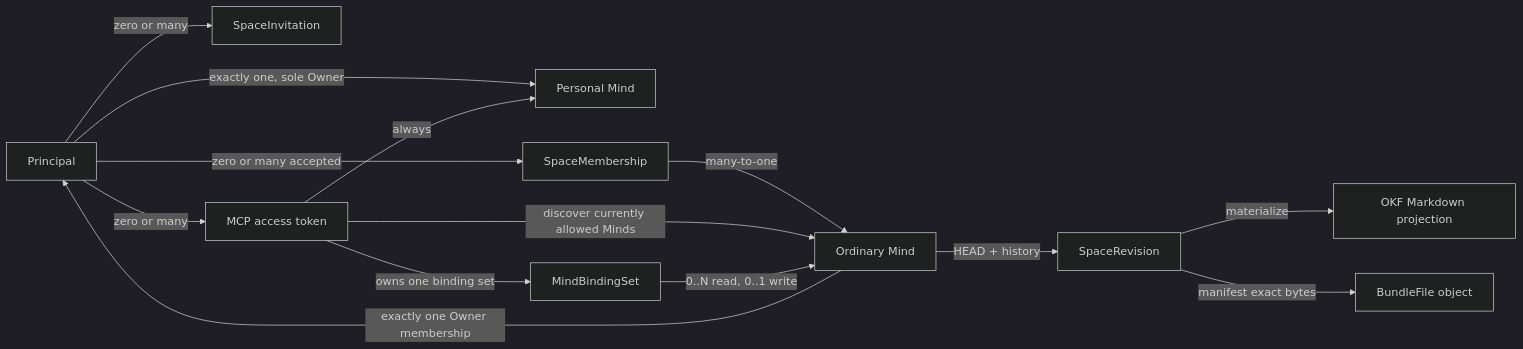
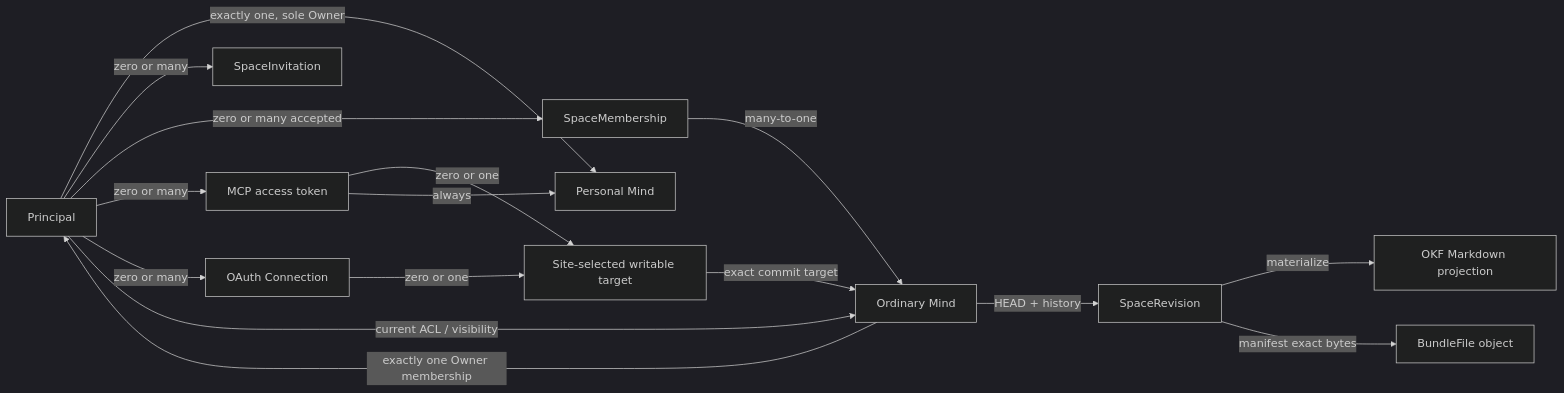
One commit to xxsrez/MindDiary changed the diagram in docs/specs/domain-model.md. Above: the diagram before and after it, drawn with Mermaid (dark theme). The commit also changed other lines of this file and 14 other files, not shown here.

````diff
--- a/docs/specs/domain-model.md
+++ b/docs/specs/domain-model.md
@@ -47,26 +48,30 @@
 ```mermaid
 flowchart LR
     Principal["Principal"]
     Personal["Personal Mind"]
     Invitation["SpaceInvitation"]
     Membership["SpaceMembership"]
     Space["Ordinary Mind"]
     Revision["SpaceRevision"]
     Bundle["OKF Markdown projection"]
     File["BundleFile object"]
     Token["MCP access token"]
+    Connection["OAuth Connection"]
+    Writable["Site-selected writable target"]
 
     Principal -->|"exactly one, sole Owner"| Personal
     Principal -->|"zero or many"| Invitation
     Principal -->|"zero or many accepted"| Membership
     Membership -->|"many-to-one"| Space
     Space -->|"exactly one Owner membership"| Principal
     Space -->|"HEAD + history"| Revision
     Revision -->|"materialize"| Bundle
     Revision -->|"manifest exact bytes"| File
     Principal -->|"zero or many"| Token
-    Token -->|"discover currently allowed Minds"| Space
-    Token -->|"owns one binding set"| MindBindingSet
-    MindBindingSet -->|"0..N read, 0..1 write"| Space
+    Principal -->|"zero or many"| Connection
+    Principal -->|"current ACL / visibility"| Space
+    Connection -->|"zero or one"| Writable
+    Token -->|"zero or one"| Writable
+    Writable -->|"exact commit target"| Space
     Token -->|"always"| Personal
 ```
````
